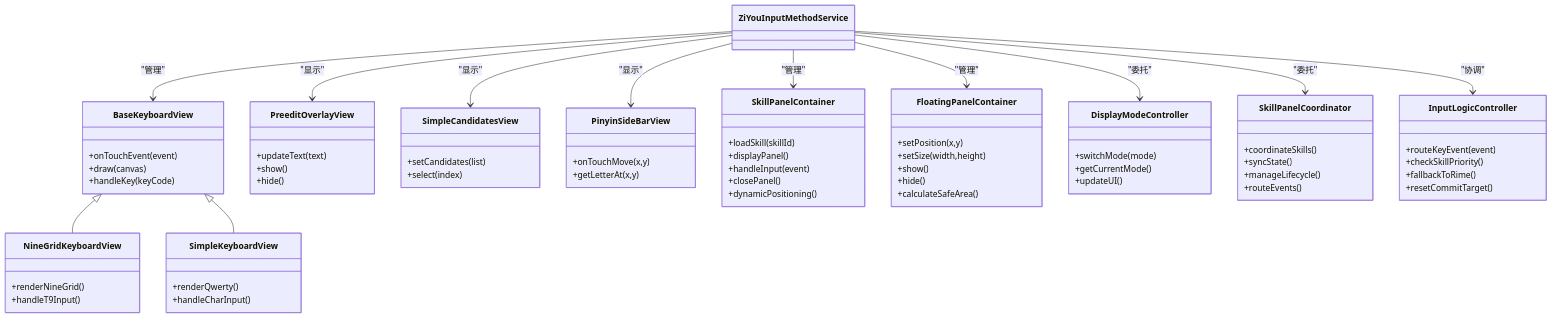
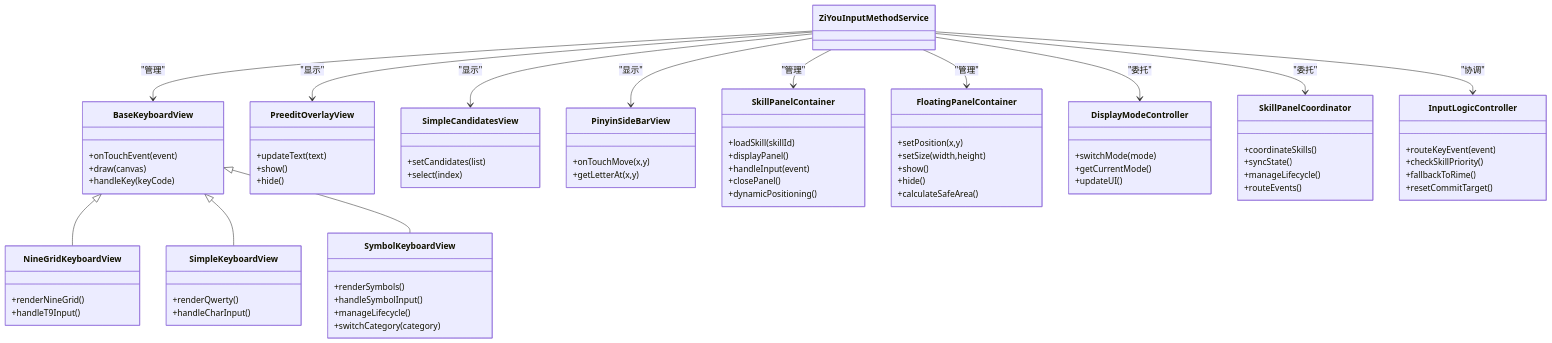
The third of 6 diagrams in .qoder/repowiki/zh/content/输入法服务.md (qiaodashaoye/ziyou-ime), drawn with Mermaid before and after one commit. The commit also changed other lines of this file and 4 other files, not shown here.

Commit message:
docs(repowiki): 同步 AI 面板/图片发送/符号键盘 架构文档

````diff
--- a/.qoder/repowiki/zh/content/输入法服务.md
+++ b/.qoder/repowiki/zh/content/输入法服务.md
@@ -342,71 +365,78 @@
 ```mermaid
 classDiagram
 class BaseKeyboardView {
 +onTouchEvent(event)
 +draw(canvas)
 +handleKey(keyCode)
 }
 class NineGridKeyboardView {
 +renderNineGrid()
 +handleT9Input()
 }
 class SimpleKeyboardView {
 +renderQwerty()
 +handleCharInput()
+}
+class SymbolKeyboardView {
++renderSymbols()
++handleSymbolInput()
++manageLifecycle()
++switchCategory(category)
 }
 class PreeditOverlayView {
 +updateText(text)
 +show()
 +hide()
 }
 class SimpleCandidatesView {
 +setCandidates(list)
 +select(index)
 }
 class PinyinSideBarView {
 +onTouchMove(x,y)
 +getLetterAt(x,y)
 }
 class SkillPanelContainer {
 +loadSkill(skillId)
 +displayPanel()
 +handleInput(event)
 +closePanel()
 +dynamicPositioning()
 }
 class FloatingPanelContainer {
 +setPosition(x,y)
 +setSize(width,height)
 +show()
 +hide()
 +calculateSafeArea()
 }
 class DisplayModeController {
 +switchMode(mode)
 +getCurrentMode()
 +updateUI()
 }
 class SkillPanelCoordinator {
 +coordinateSkills()
 +syncState()
 +manageLifecycle()
 +routeEvents()
 }
 class InputLogicController {
 +routeKeyEvent(event)
 +checkSkillPriority()
 +fallbackToRime()
 +resetCommitTarget()
 }
 BaseKeyboardView <|-- NineGridKeyboardView
 BaseKeyboardView <|-- SimpleKeyboardView
+BaseKeyboardView <|-- SymbolKeyboardView
 ZiYouInputMethodService --> BaseKeyboardView : "管理"
 ZiYouInputMethodService --> PreeditOverlayView : "显示"
 ZiYouInputMethodService --> SimpleCandidatesView : "显示"
 ZiYouInputMethodService --> PinyinSideBarView : "显示"
 ZiYouInputMethodService --> SkillPanelContainer : "管理"
 ZiYouInputMethodService --> FloatingPanelContainer : "管理"
 ZiYouInputMethodService --> DisplayModeController : "委托"
 ZiYouInputMethodService --> SkillPanelCoordinator : "委托"
 ZiYouInputMethodService --> InputLogicController : "协调"
 ```
````
